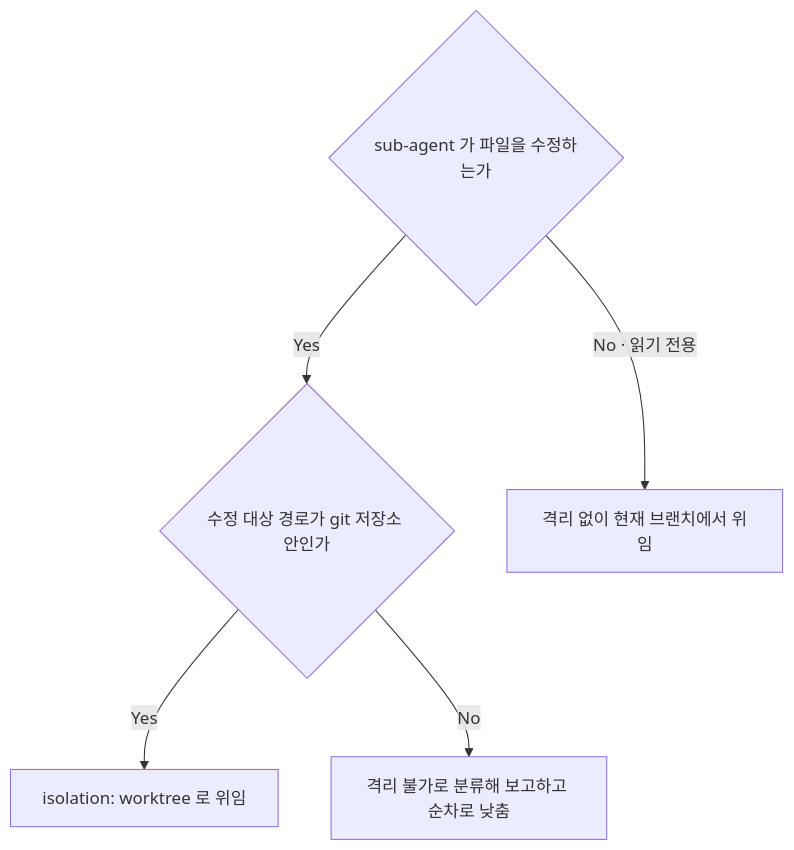
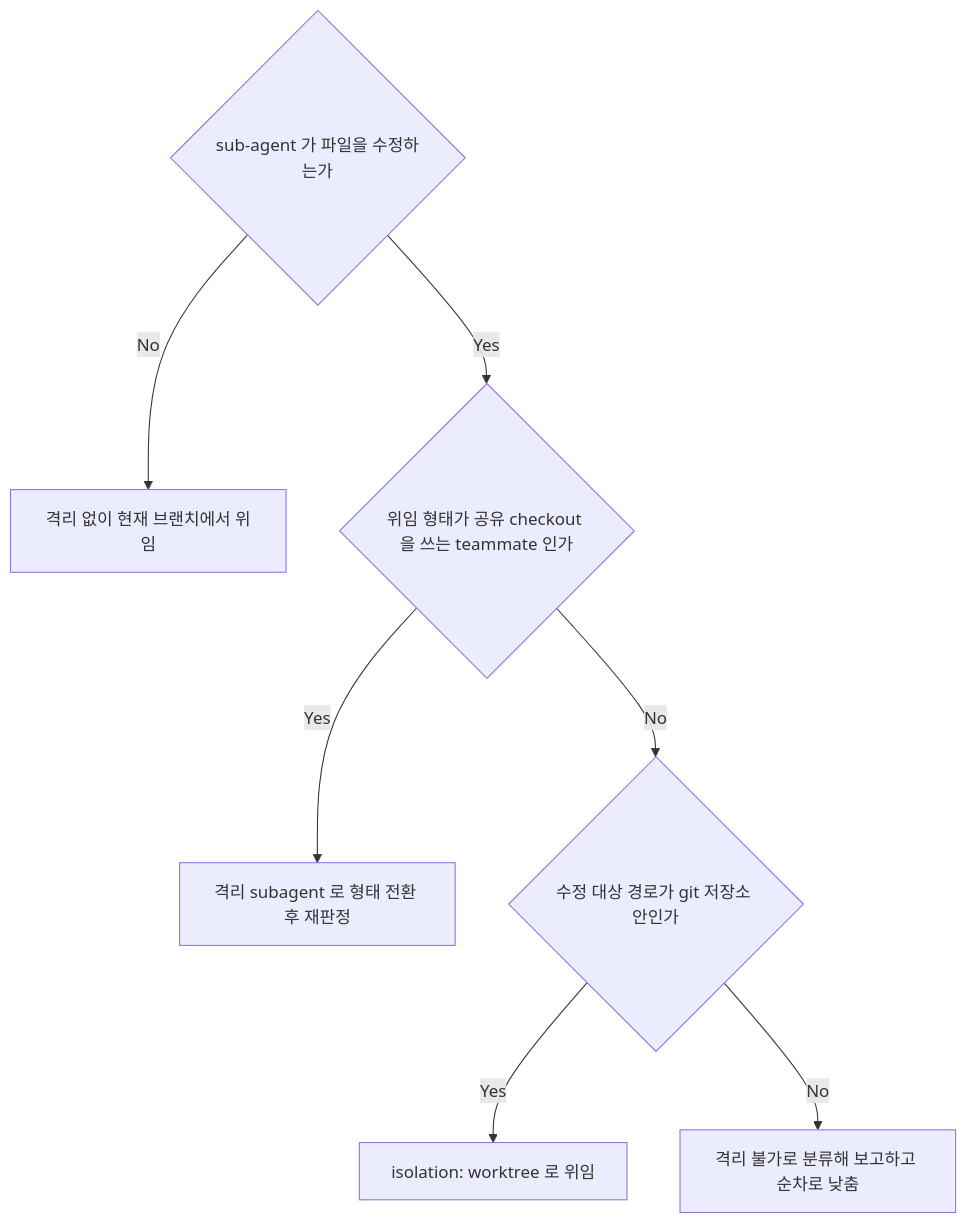
One commit to kys0213/kys-claude-plugin changed the sixth of 8 diagrams in plugins/atelier/skills/orchestrator/references/dispatch-planning.md. Above: the diagram before and after it, drawn with Mermaid. The commit also changed other lines of this file, not shown here.

First line of the commit message:
docs(atelier): complete dispatch-planning decision graphs

````diff
--- a/plugins/atelier/skills/orchestrator/references/dispatch-planning.md
+++ b/plugins/atelier/skills/orchestrator/references/dispatch-planning.md
@@ -24,12 +145,9 @@
 ```mermaid
 flowchart TD
-  D20_q1{"sub-agent 가 파일을 수정하는가"}
-  D20_q2{"수정 대상 경로가 git 저장소 안인가"}
-  D20_t1["isolation: worktree 로 위임"]
-  D20_t2["격리 없이 현재 브랜치에서 위임"]
-  D20_t3["격리 불가로 분류해 보고하고 순차로 낮춤"]
-  D20_q1 -->|No · 읽기 전용| D20_t2
-  D20_q1 -->|Yes| D20_q2
-  D20_q2 -->|Yes| D20_t1
-  D20_q2 -->|No| D20_t3
+  D20_q1{"sub-agent 가 파일을 수정하는가"} -->|No| D20_t2["격리 없이 현재 브랜치에서 위임"]
+  D20_q1 -->|Yes| D20_q2{"위임 형태가 공유 checkout 을 쓰는 teammate 인가"}
+  D20_q2 -->|Yes| D20_t4["격리 subagent 로 형태 전환 후 재판정"]
+  D20_q2 -->|No| D20_q3{"수정 대상 경로가 git 저장소 안인가"}
+  D20_q3 -->|Yes| D20_t1["isolation: worktree 로 위임"]
+  D20_q3 -->|No| D20_t3["격리 불가로 분류해 보고하고 순차로 낮춤"]
 ```
````
